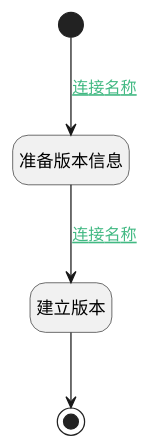
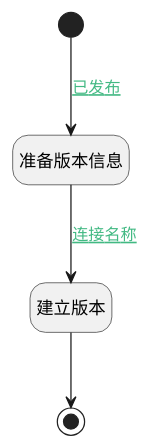
One commit to iBizLab/plm changed the diagram in doc/docsify/module/Wiki/article_page/logic/commit_version.md. Above: the diagram before and after it, drawn with PlantUML. The commit also changed other lines of this file and 2344 other files, not shown here.

````diff
--- a/doc/docsify/module/Wiki/article_page/logic/commit_version.md
+++ b/doc/docsify/module/Wiki/article_page/logic/commit_version.md
@@ -7,23 +7,23 @@
 ```plantuml
 @startuml
 hide empty description
 <style>
 root {
   HyperlinkColor #42b983
 }
 </style>
 
 hide empty description
 state "开始" as Begin <<start>> [[$./commit_version#begin {"开始"}]]
 state "结束" as END1 <<end>> [[$./commit_version#end1 {"结束"}]]
 state "准备版本信息" as PREPARE_PARAM1  [[$./commit_version#prepare_param1 {"准备版本信息"}]]
 state "建立版本" as COMMIT_VERSION  [[$./commit_version#commit_version {"建立版本"}]]
 
 
-Begin --> PREPARE_PARAM1 : [[$./commit_version#begin-prepare_param1{连接名称} 连接名称]]
+Begin --> PREPARE_PARAM1 : [[$./commit_version#begin-prepare_param1{已发布} 已发布]]
 PREPARE_PARAM1 --> COMMIT_VERSION : [[$./commit_version#prepare_param1-commit_version{连接名称} 连接名称]]
 COMMIT_VERSION --> END1
 
 
 @enduml
 ```
````
